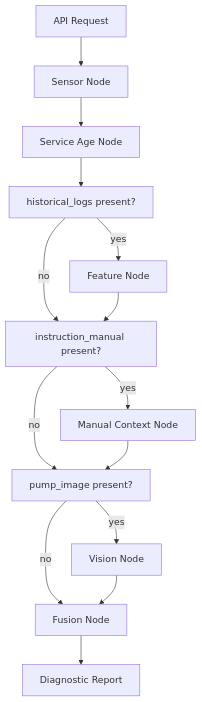
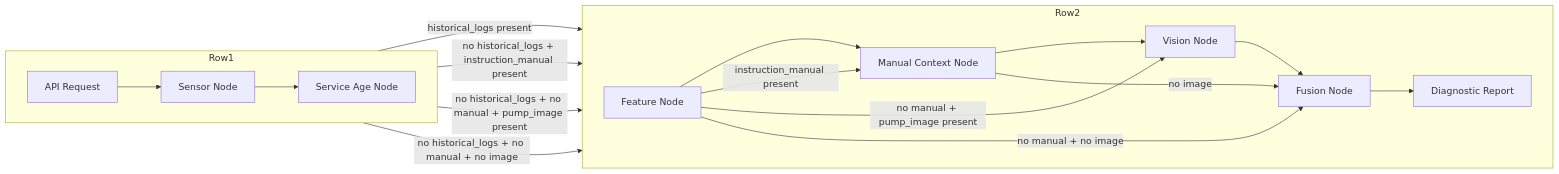
Before and after one commit to Murthypsty0419/Multi-Modal-Predictive-Maintenance-Agent: the diagram in README.md, drawn with Mermaid.

````diff
--- a/README.md
+++ b/README.md
@@ -23,20 +23,23 @@
 ```mermaid
-flowchart TD
-    A[API Request] --> SN[Sensor Node]
-    SN --> SAN[Service Age Node]
-    SAN --> HCHK[historical_logs present?]
+flowchart LR
+    subgraph Row1
+    direction LR
+    A[API Request] --> SN[Sensor Node] --> SAN[Service Age Node]
+    end
 
-    HCHK -->|yes| FN[Feature Node]
-    HCHK -->|no| MCHK[instruction_manual present?]
+    subgraph Row2
+    direction LR
+    FN[Feature Node] --> MCN[Manual Context Node] --> VN[Vision Node] --> FUSE[Fusion Node] --> R[Diagnostic Report]
+    end
 
-    FN --> MCHK
-    MCHK -->|yes| MCN[Manual Context Node]
-    MCHK -->|no| ICHK[pump_image present?]
+    SAN -->|historical_logs present| FN
+    SAN -->|no historical_logs + instruction_manual present| MCN
+    SAN -->|no historical_logs + no manual + pump_image present| VN
+    SAN -->|no historical_logs + no manual + no image| FUSE
 
-    MCN --> ICHK
-    ICHK -->|yes| VN[Vision Node]
-    ICHK -->|no| FUSE[Fusion Node]
+    FN -->|instruction_manual present| MCN
+    FN -->|no manual + pump_image present| VN
+    FN -->|no manual + no image| FUSE
 
-    VN --> FUSE
-    FUSE --> R[Diagnostic Report]
+    MCN -->|no image| FUSE
 ```
````
